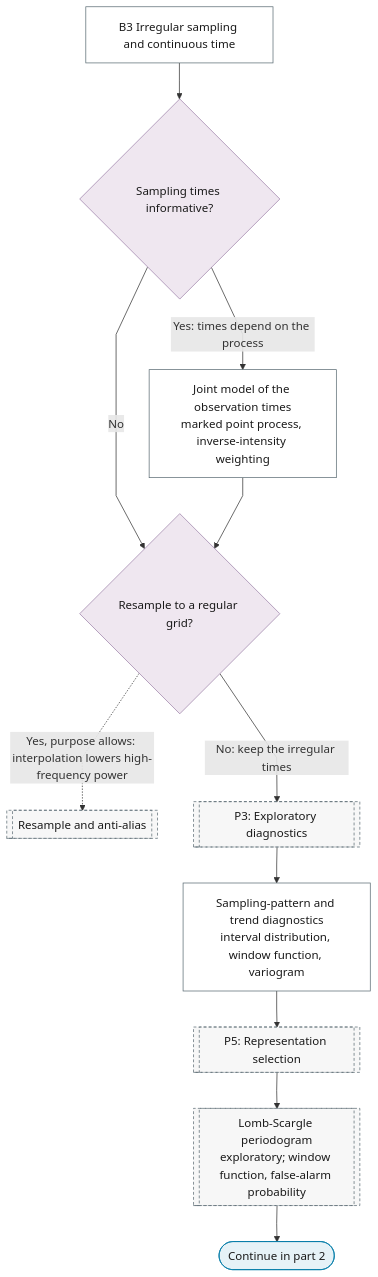
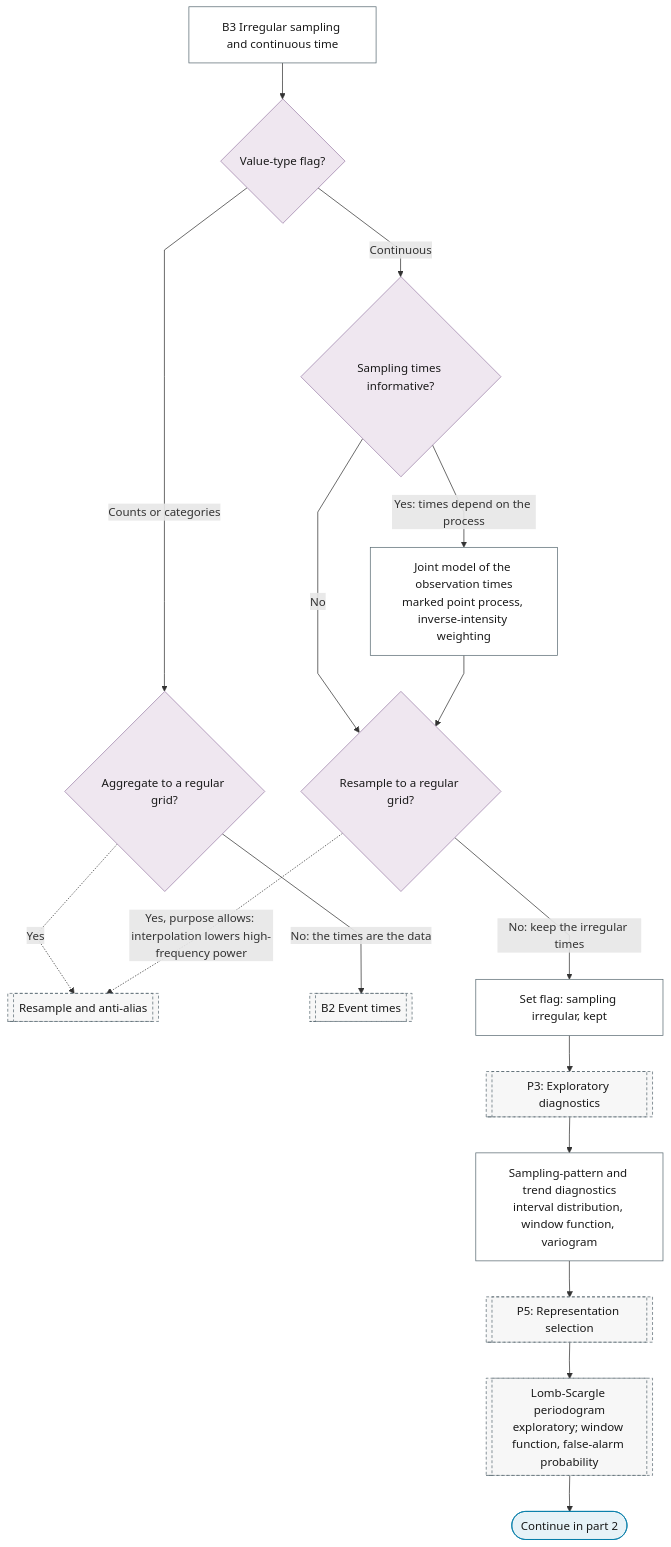
One commit to Shuxin-Y/time-series-analysis-manual changed the first of 2 diagrams in docs/reference/15-continuous-time/index.md. Above: the diagram before and after it, drawn with Mermaid. The commit also changed 10 other files, not shown here.

First line of the commit message:
fix(spine): route by value type and structure at every phase; one sampling flag

````diff
--- a/docs/reference/15-continuous-time/index.md
+++ b/docs/reference/15-continuous-time/index.md
@@ -9,26 +9,31 @@
 ```mermaid
 %%{init: {"flowchart": {"curve": "linear"}}}%%
 graph TD
-    B3["B3 Irregular sampling and continuous time"] --> B3_INFORMATIVE{"Sampling times informative?"}
+    B3["B3 Irregular sampling and continuous time"] --> B3_VALUES{"Value-type flag?"}
+    B3_VALUES -->|"Counts or categories"| B3_AGGREGATE_Q{"Aggregate to a regular grid?"}
+    B3_AGGREGATE_Q -.->|"Yes"| P1_RESAMPLE
+    B3_AGGREGATE_Q -->|"No: the times are the data"| B2[["B2 Event times"]]
+    B3_VALUES -->|"Continuous"| B3_INFORMATIVE{"Sampling times informative?"}
     B3_INFORMATIVE -->|"Yes: times depend on the process"| B3_JOINT_SAMPLING["Joint model of the observation times<br/>marked point process, inverse-intensity weighting"]
     B3_INFORMATIVE -->|"No"| B3_ROUTE{"Resample to a regular grid?"}
     B3_JOINT_SAMPLING --> B3_ROUTE
     B3_ROUTE -.->|"Yes, purpose allows: interpolation lowers high-frequency power"| P1_RESAMPLE[["Resample and anti-alias"]]
-    B3_ROUTE -->|"No: keep the irregular times"| P3[["P3: Exploratory diagnostics"]]
+    B3_ROUTE -->|"No: keep the irregular times"| B3_KEPT_FLAG["Set flag: sampling irregular, kept"]
+    B3_KEPT_FLAG --> P3[["P3: Exploratory diagnostics"]]
     P3 --> B3_DIAGNOSTICS["Sampling-pattern and trend diagnostics<br/>interval distribution, window function, variogram"]
     B3_DIAGNOSTICS --> P5[["P5: Representation selection"]]
     P5 --> P5_FD_LOMB_SCARGLE[["Lomb-Scargle periodogram<br/>exploratory; window function, false-alarm probability"]]
     P5_FD_LOMB_SCARGLE --> B3_TO_PART_2(["Continue in part 2"])
     class B3_TO_PART_2 terminator
-    class B3_INFORMATIVE,B3_ROUTE decision
-    class B3,B3_JOINT_SAMPLING,B3_DIAGNOSTICS process
-    class P1_RESAMPLE,P3,P5,P5_FD_LOMB_SCARGLE ref
+    class B3_VALUES,B3_AGGREGATE_Q,B3_INFORMATIVE,B3_ROUTE decision
+    class B3,B3_JOINT_SAMPLING,B3_DIAGNOSTICS,B3_KEPT_FLAG process
+    class P1_RESAMPLE,B2,P3,P5,P5_FD_LOMB_SCARGLE ref
     classDef terminator fill:#E6F2F7,stroke:#007BA7,color:#1A1A1A;
     classDef process fill:#FFFFFF,stroke:#5A6B73,color:#1A1A1A;
     classDef decision fill:#EFE7F0,stroke:#9B7FA7,color:#1A1A1A;
     classDef data fill:#FFF4E0,stroke:#C9A55E,color:#1A1A1A;
     classDef good fill:#DCEFD8,stroke:#4A7A3F,color:#1A1A1A;
     classDef escalate fill:#FFE9C2,stroke:#C9A55E,color:#1A1A1A;
     classDef problem fill:#F2D9DE,stroke:#800020,color:#1A1A1A;
     classDef ref fill:#F7F7F7,stroke:#5A6B73,color:#1A1A1A,stroke-dasharray:4 3;
 ```
````
